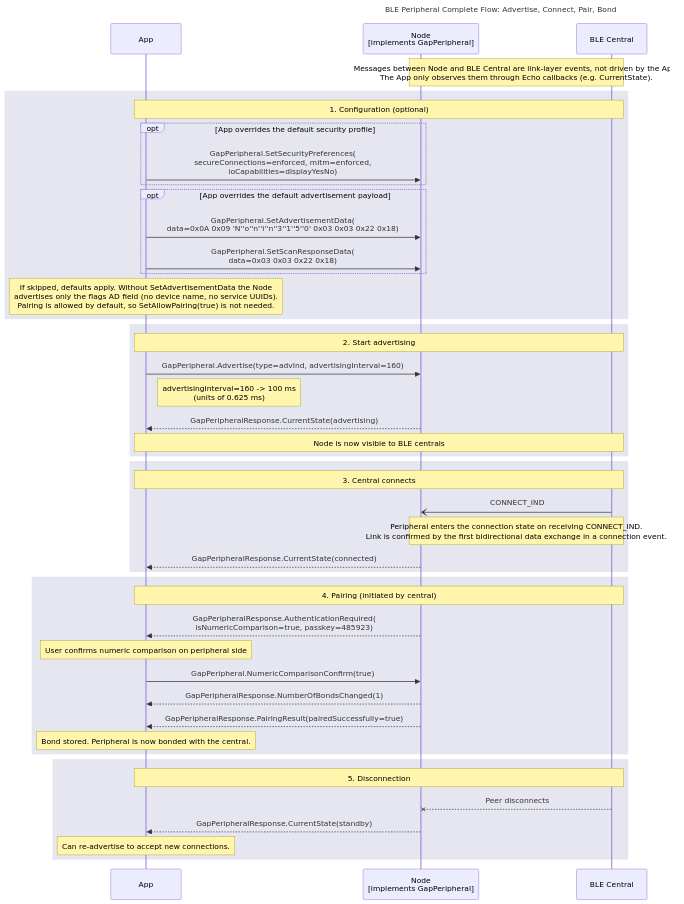
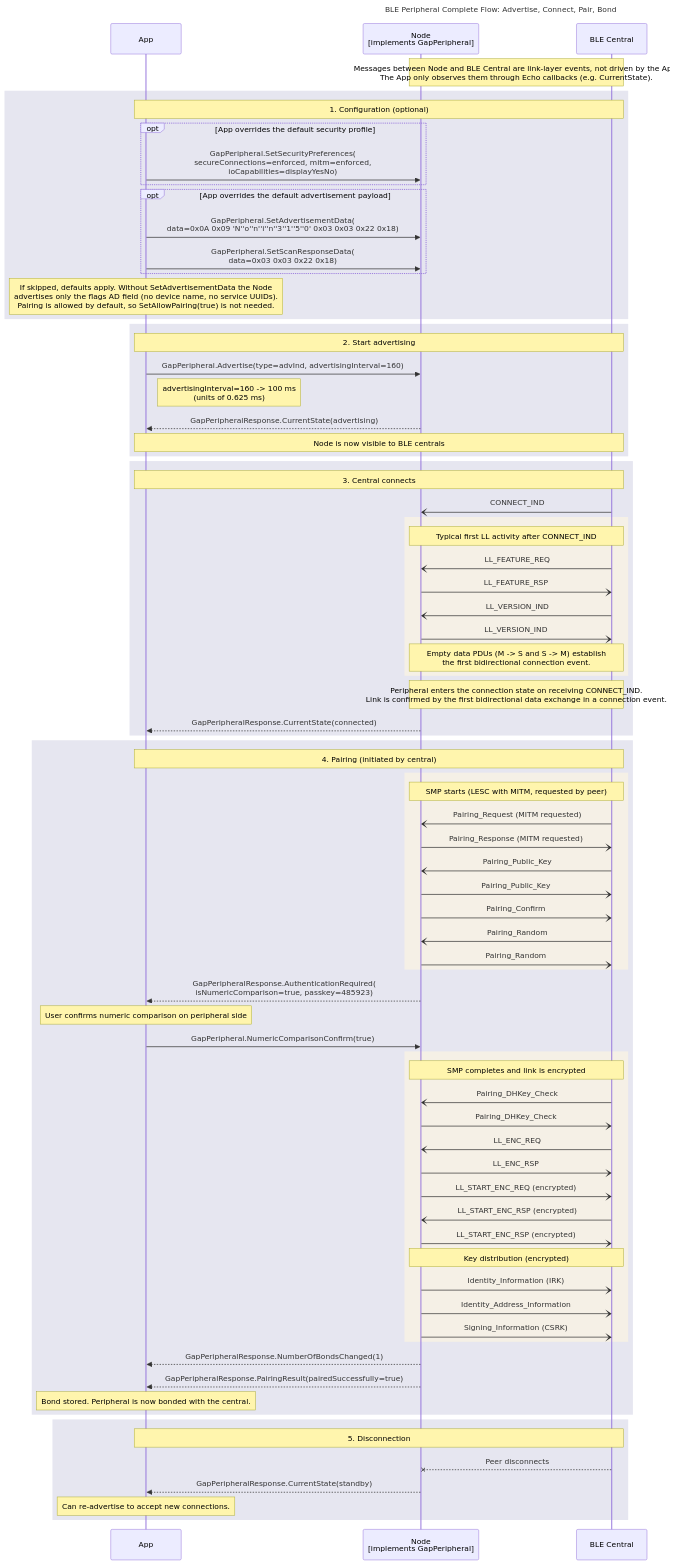
Before and after one commit to philips-software/amp-embedded-infra-lib: the diagram in documents/modules/ROOT/partials/echoservices/composite_flows/PeripheralRole_CompleteFlow_sequence.mmd, drawn with Mermaid. The commit also changed 8 other files, not shown here.

```diff
--- a/documents/modules/ROOT/partials/echoservices/composite_flows/PeripheralRole_CompleteFlow_sequence.mmd
+++ b/documents/modules/ROOT/partials/echoservices/composite_flows/PeripheralRole_CompleteFlow_sequence.mmd
@@ -1,58 +1,90 @@
 sequenceDiagram
     title BLE Peripheral Complete Flow: Advertise, Connect, Pair, Bond
 
     participant App as App
     participant Node as Node<br>[implements GapPeripheral]
     participant Central as BLE Central
 
 
     Note over Node, Central: Messages between Node and BLE Central are link-layer events, not driven by the App.<br>The App only observes them through Echo callbacks (e.g. CurrentState).
 
     rect rgb(230, 230, 240)
         note over App, Central: 1. Configuration (optional)
         opt App overrides the default security profile
             App->>Node: GapPeripheral.SetSecurityPreferences(<br>secureConnections=enforced, mitm=enforced,<br>ioCapabilities=displayYesNo)
         end
         opt App overrides the default advertisement payload
             App->>Node: GapPeripheral.SetAdvertisementData(<br>data=0x0A 0x09 'N''o''n''i''n''3''1''5''0' 0x03 0x03 0x22 0x18)
             App->>Node: GapPeripheral.SetScanResponseData(<br>data=0x03 0x03 0x22 0x18)
         end
         Note over App: If skipped, defaults apply. Without SetAdvertisementData the Node<br>advertises only the flags AD field (no device name, no service UUIDs).<br>Pairing is allowed by default, so SetAllowPairing(true) is not needed.
     end
 
     rect rgb(230, 230, 240)
         note over App, Central: 2. Start advertising
         App->>Node: GapPeripheral.Advertise(type=advInd, advertisingInterval=160)
         Note right of App: advertisingInterval=160 -> 100 ms<br>(units of 0.625 ms)
         Node-->>App: GapPeripheralResponse.CurrentState(advertising)
 
         Note over App, Central: Node is now visible to BLE centrals
     end
 
     rect rgb(230, 230, 240)
         note over App, Central: 3. Central connects
         Central-)Node: CONNECT_IND
+        rect rgb(245, 240, 230)
+            Note over Node, Central: Typical first LL activity after CONNECT_IND
+            Central-)Node: LL_FEATURE_REQ
+            Node-)Central: LL_FEATURE_RSP
+            Central-)Node: LL_VERSION_IND
+            Node-)Central: LL_VERSION_IND
+            Note over Node, Central: Empty data PDUs (M -> S and S -> M) establish<br>the first bidirectional connection event.
+        end
         Note over Node, Central: Peripheral enters the connection state on receiving CONNECT_IND.<br>Link is confirmed by the first bidirectional data exchange in a connection event.
         Node-->>App: GapPeripheralResponse.CurrentState(connected)
     end
 
     rect rgb(230, 230, 240)
         note over App, Central: 4. Pairing (initiated by central)
+        rect rgb(245, 240, 230)
+            Note over Node, Central: SMP starts (LESC with MITM, requested by peer)
+            Central-)Node: Pairing_Request (MITM requested)
+            Node-)Central: Pairing_Response (MITM requested)
+            Central-)Node: Pairing_Public_Key
+            Node-)Central: Pairing_Public_Key
+            Node-)Central: Pairing_Confirm
+            Central-)Node: Pairing_Random
+            Node-)Central: Pairing_Random
+        end
         Node-->>App: GapPeripheralResponse.AuthenticationRequired(<br>isNumericComparison=true, passkey=485923)
 
         Note over App: User confirms numeric comparison on peripheral side
 
         App->>Node: GapPeripheral.NumericComparisonConfirm(true)
+        rect rgb(245, 240, 230)
+            Note over Node, Central: SMP completes and link is encrypted
+            Central-)Node: Pairing_DHKey_Check
+            Node-)Central: Pairing_DHKey_Check
+            Central-)Node: LL_ENC_REQ
+            Node-)Central: LL_ENC_RSP
+            Node-)Central: LL_START_ENC_REQ (encrypted)
+            Central-)Node: LL_START_ENC_RSP (encrypted)
+            Node-)Central: LL_START_ENC_RSP (encrypted)
+            Note over Node, Central: Key distribution (encrypted)
+            Node-)Central: Identity_Information (IRK)
+            Node-)Central: Identity_Address_Information
+            Node-)Central: Signing_Information (CSRK)
+        end
         Node-->>App: GapPeripheralResponse.NumberOfBondsChanged(1)
         Node-->>App: GapPeripheralResponse.PairingResult(pairedSuccessfully=true)
 
         Note over App: Bond stored. Peripheral is now bonded with the central.
     end
 
     rect rgb(230, 230, 240)
         note over App, Central: 5. Disconnection
         Central--xNode: Peer disconnects
         Node-->>App: GapPeripheralResponse.CurrentState(standby)
 
         Note over App: Can re-advertise to accept new connections.
     end
```
